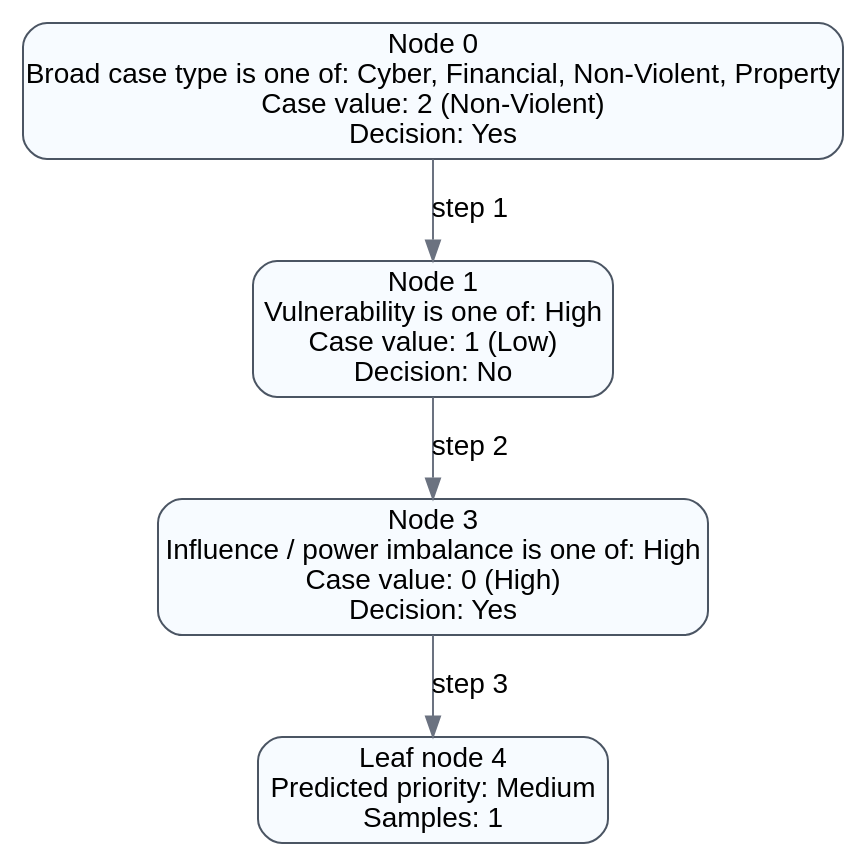
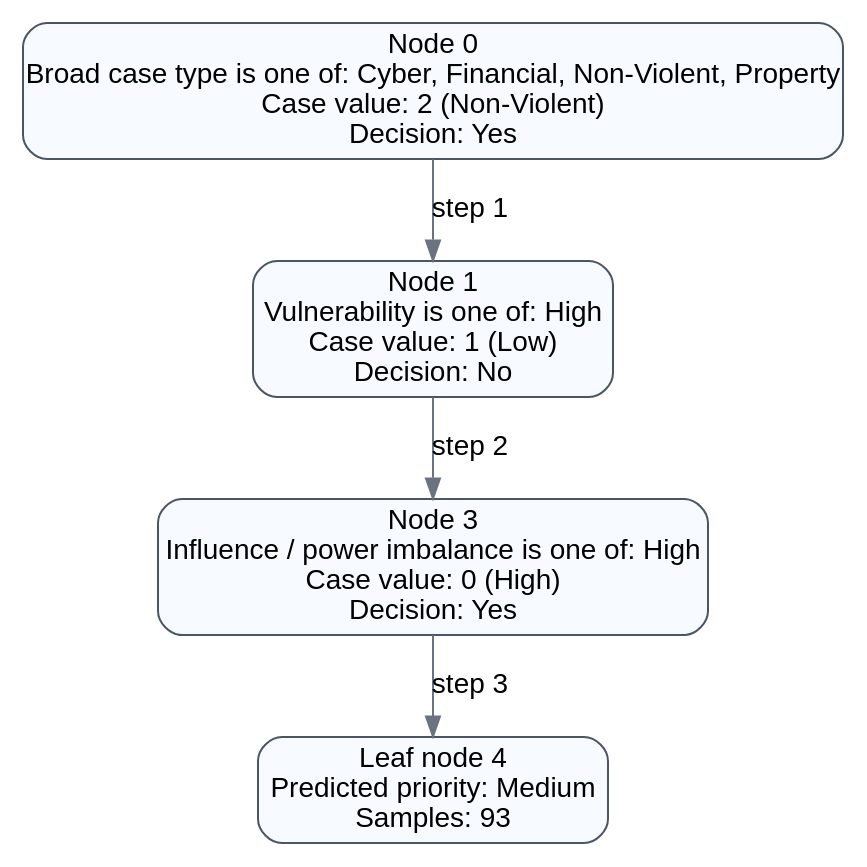
The diagram in case_priority_system/decision_graphs/Cipla_Limited_vs_Union_Of_India_on_1_January_1800_decision_path.dot (The-Yesh21/Anavaya-back-end), drawn with Graphviz before and after one commit. The commit also changed 44 other files, not shown here.

```diff
--- a/case_priority_system/decision_graphs/Cipla_Limited_vs_Union_Of_India_on_1_January_1800_decision_path.dot
+++ b/case_priority_system/decision_graphs/Cipla_Limited_vs_Union_Of_India_on_1_January_1800_decision_path.dot
@@ -1,12 +1,12 @@
 digraph DecisionPath {
   rankdir=TB;
   node [shape=box, style="rounded,filled", fillcolor="#F7FBFF", color="#4B5563", fontname="Arial"];
   edge [color="#6B7280", fontname="Arial"];
   n0 [label="Node 0\nBroad case type is one of: Cyber, Financial, Non-Violent, Property\nCase value: 2 (Non-Violent)\nDecision: Yes"];
   n1 [label="Node 1\nVulnerability is one of: High\nCase value: 1 (Low)\nDecision: No"];
   n0 -> n1 [label="step 1"];
   n3 [label="Node 3\nInfluence / power imbalance is one of: High\nCase value: 0 (High)\nDecision: Yes"];
   n1 -> n3 [label="step 2"];
-  n4 [label="Leaf node 4\nPredicted priority: Medium\nSamples: 1"];
+  n4 [label="Leaf node 4\nPredicted priority: Medium\nSamples: 93"];
   n3 -> n4 [label="step 3"];
 }
```
